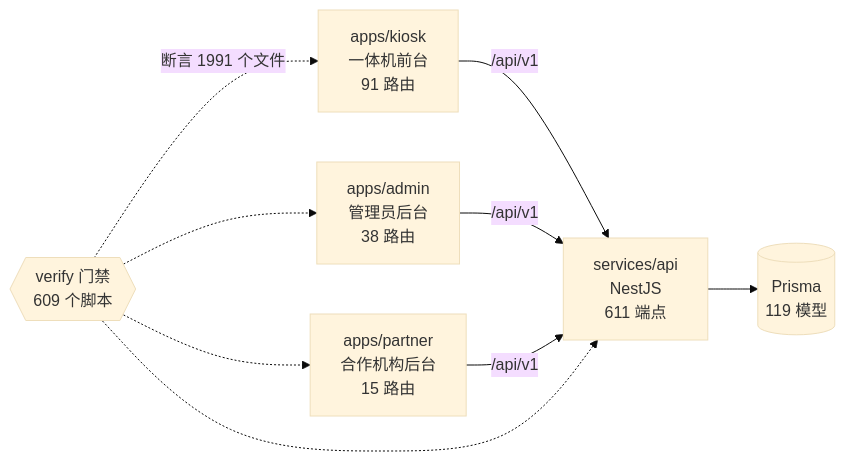
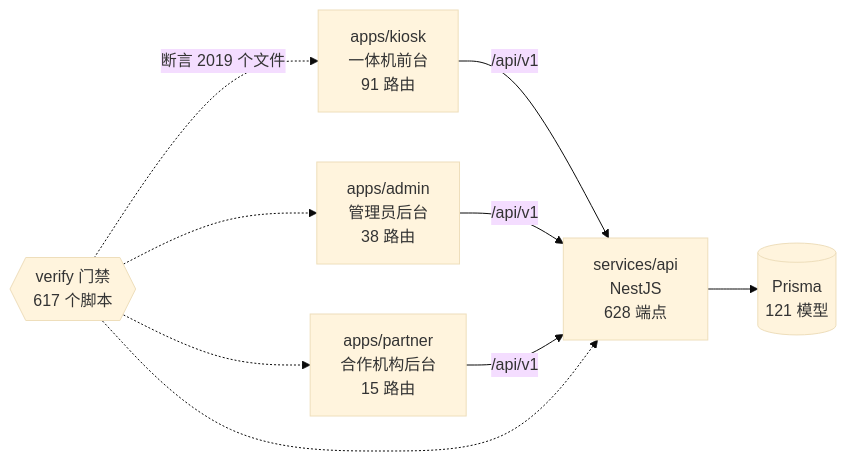
One commit to wanglei581/YITIJI changed the diagram in docs/graph/README.md. Above: the diagram before and after it, drawn with Mermaid (base theme). The commit also changed other lines of this file and 2 other files, not shown here.

Commit message:
chore(graph): 批量合入三个 PR 后统一重生成项目图谱（--check 通过）

````diff
--- a/docs/graph/README.md
+++ b/docs/graph/README.md
@@ -68,18 +68,18 @@
 ```mermaid
 flowchart LR
   kiosk["apps/kiosk<br/>一体机前台<br/>91 路由"]
   admin["apps/admin<br/>管理员后台<br/>38 路由"]
   partner["apps/partner<br/>合作机构后台<br/>15 路由"]
-  api["services/api<br/>NestJS<br/>611 端点"]
-  db[("Prisma<br/>119 模型")]
-  gates{{"verify 门禁<br/>609 个脚本"}}
+  api["services/api<br/>NestJS<br/>628 端点"]
+  db[("Prisma<br/>121 模型")]
+  gates{{"verify 门禁<br/>617 个脚本"}}
 
   kiosk -->|"/api/v1"| api
   admin -->|"/api/v1"| api
   partner -->|"/api/v1"| api
   api --> db
-  gates -.->|"断言 1991 个文件"| kiosk
+  gates -.->|"断言 2019 个文件"| kiosk
   gates -.-> admin
   gates -.-> partner
   gates -.-> api
 ```
````
